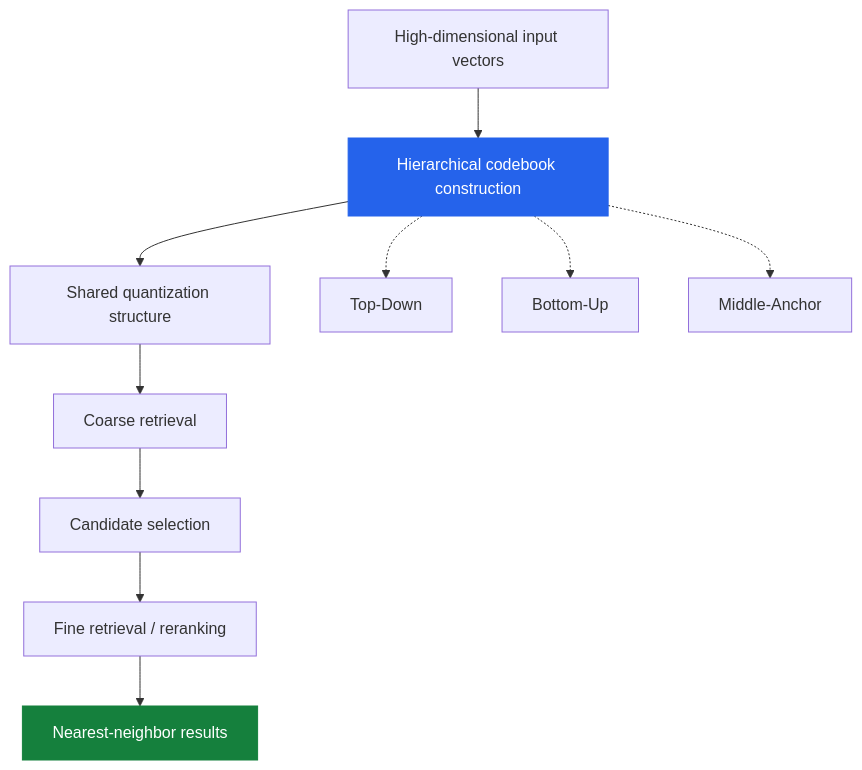
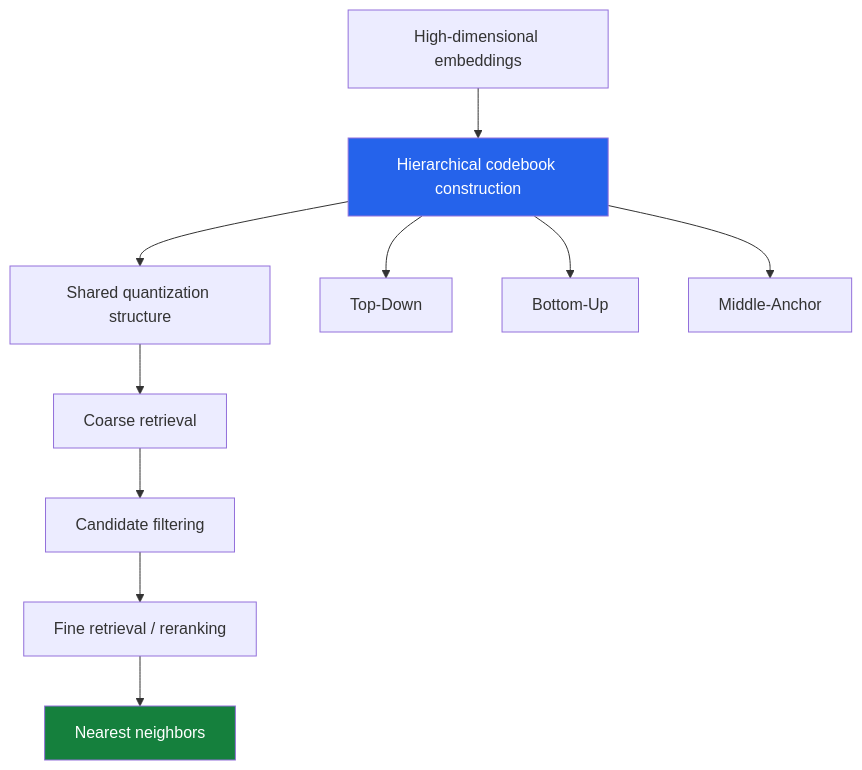
The first of 2 diagrams in README.md (shashwatsaket46/shashwatsaket46), drawn with Mermaid before and after one commit. The commit also changed other lines of this file, not shown here.

````diff
--- a/README.md
+++ b/README.md
@@ -71,16 +73,18 @@
 ```mermaid
 flowchart TD
-    A["High-dimensional input vectors"] --> B["Hierarchical codebook construction"]
+    A["High-dimensional embeddings"] --> B["Hierarchical codebook construction"]
+
     B --> C["Shared quantization structure"]
+
     C --> D["Coarse retrieval"]
-    D --> E["Candidate selection"]
+    D --> E["Candidate filtering"]
     E --> F["Fine retrieval / reranking"]
-    F --> G["Nearest-neighbor results"]
+    F --> G["Nearest neighbors"]
 
-    B -.-> H["Top-Down"]
-    B -.-> I["Bottom-Up"]
-    B -.-> J["Middle-Anchor"]
+    B --> H["Top-Down"]
+    B --> I["Bottom-Up"]
+    B --> J["Middle-Anchor"]
 
-    style B fill:#2563eb,color:#fff,stroke:#2563eb
-    style G fill:#15803d,color:#fff,stroke:#15803d
+    style B fill:#2563eb,color:#fff
+    style G fill:#15803d,color:#fff
 ```
````
